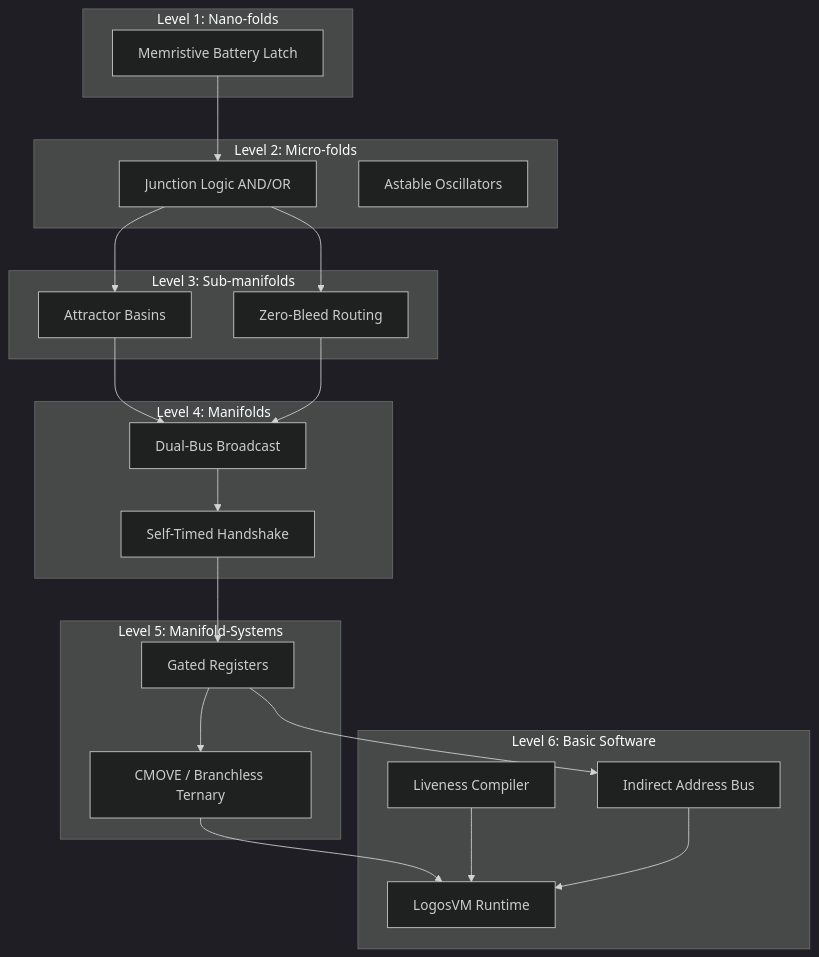
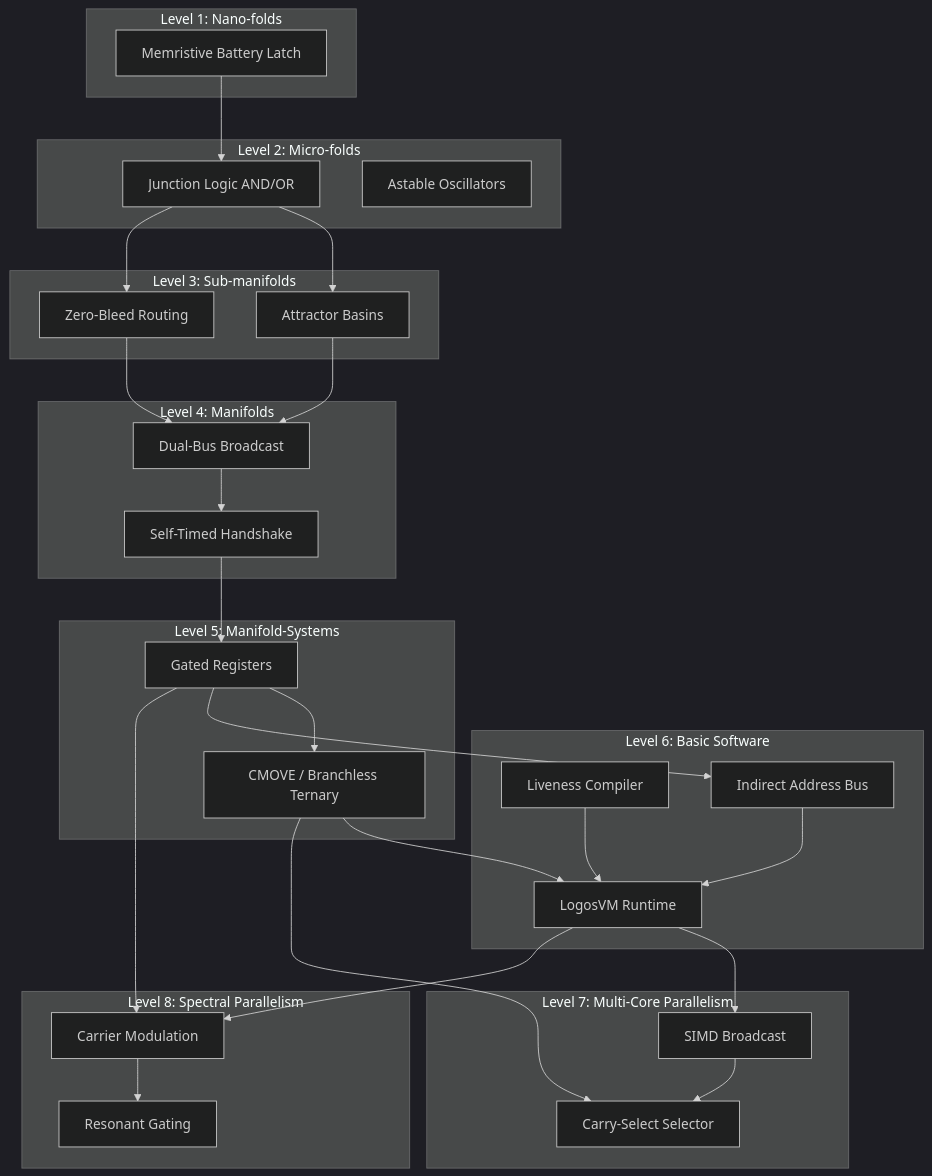
One commit to TechmanStudios/sol changed the diagram in solKnowledge/level_architecture/SOL_Level_Architecture_v0_1.md. Above: the diagram before and after it, drawn with Mermaid (dark theme). The commit also changed other lines of this file and 12 other files, not shown here.

Commit message:
feat(level7-8): implement Level 7 carry-select adder and Level 8 spectral FDM parallelism

````diff
--- a/solKnowledge/level_architecture/SOL_Level_Architecture_v0_1.md
+++ b/solKnowledge/level_architecture/SOL_Level_Architecture_v0_1.md
@@ -67,47 +83,64 @@
 ```mermaid
 graph TD
     %% Levels
+    subgraph Level 8: Spectral Parallelism
+        L8_Mod[Carrier Modulation]
+        L8_Res[Resonant Gating]
+    end
+
+    subgraph Level 7: Multi-Core Parallelism
+        L7_Broad[SIMD Broadcast]
+        L7_CS[Carry-Select Selector]
+    end
+
     subgraph Level 6: Basic Software
         L6_VM[LogosVM Runtime]
         L6_Comp[Liveness Compiler]
         L6_Ptr[Indirect Address Bus]
     end
 
     subgraph Level 5: Manifold-Systems
         L5_Reg[Gated Registers]
         L5_CMove[CMOVE / Branchless Ternary]
     end
 
     subgraph Level 4: Manifolds
         L4_Bus[Dual-Bus Broadcast]
         L4_Hand[Self-Timed Handshake]
     end
 
     subgraph Level 3: Sub-manifolds
         L3_Basin[Attractor Basins]
         L3_Route[Zero-Bleed Routing]
     end
 
     subgraph Level 2: Micro-folds
         L2_Gate[Junction Logic AND/OR]
         L2_Osc[Astable Oscillators]
     end
 
     subgraph Level 1: Nano-folds
         L1_Batt[Memristive Battery Latch]
     end
 
     %% Dependencies
     L1_Batt --> L2_Gate
     L2_Gate --> L3_Basin
     L2_Gate --> L3_Route
     L3_Basin --> L4_Bus
     L3_Route --> L4_Bus
     L4_Bus --> L4_Hand
     L4_Hand --> L5_Reg
     L5_Reg --> L5_CMove
     L5_CMove --> L6_VM
     L6_Comp --> L6_VM
     L5_Reg --> L6_Ptr
     L6_Ptr --> L6_VM
+    L6_VM --> L7_Broad
+    L5_CMove --> L7_CS
+    L7_Broad --> L7_CS
+    
+    L6_VM --> L8_Mod
+    L5_Reg --> L8_Mod
+    L8_Mod --> L8_Res
 ```
````
